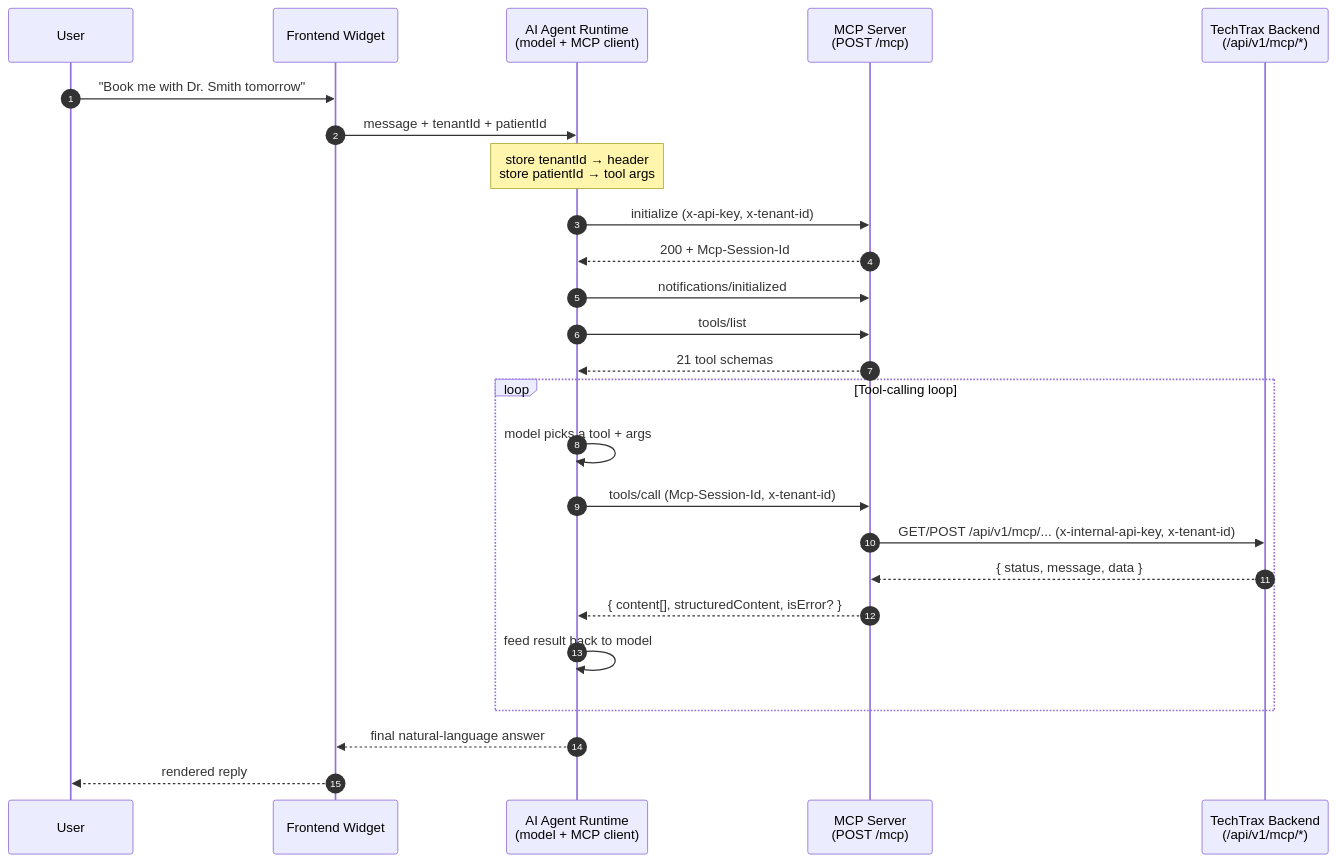
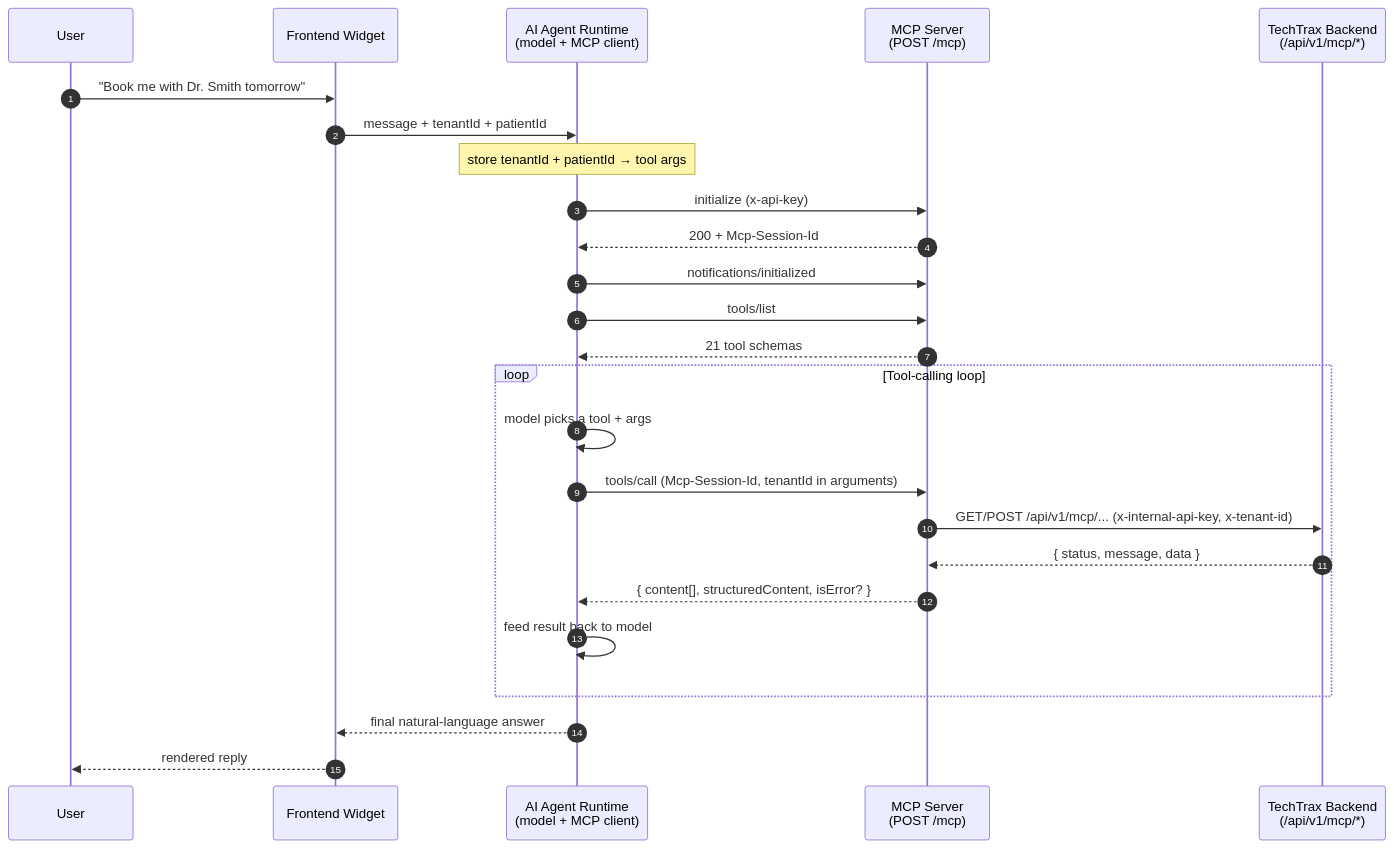
The first of 5 diagrams in docs/AI_AGENT_INTEGRATION_GUIDE.md (tech-trax-dev/techtrax-mcp), drawn with Mermaid before and after one commit. The commit also changed other lines of this file and 11 other files, not shown here.

Commit message:
fix: change tenantid to be sent in arguments params instead of header

````diff
--- a/docs/AI_AGENT_INTEGRATION_GUIDE.md
+++ b/docs/AI_AGENT_INTEGRATION_GUIDE.md
@@ -41,31 +43,31 @@
 ```mermaid
 sequenceDiagram
     autonumber
     participant U as User
     participant W as Frontend Widget
     participant A as AI Agent Runtime<br/>(model + MCP client)
     participant M as MCP Server<br/>(POST /mcp)
     participant B as TechTrax Backend<br/>(/api/v1/mcp/*)
 
     U->>W: "Book me with Dr. Smith tomorrow"
     W->>A: message + tenantId + patientId
-    Note over A: store tenantId → header<br/>store patientId → tool args
+    Note over A: store tenantId + patientId → tool args
 
-    A->>M: initialize (x-api-key, x-tenant-id)
+    A->>M: initialize (x-api-key)
     M-->>A: 200 + Mcp-Session-Id
     A->>M: notifications/initialized
     A->>M: tools/list
     M-->>A: 21 tool schemas
 
     loop Tool-calling loop
         A->>A: model picks a tool + args
-        A->>M: tools/call (Mcp-Session-Id, x-tenant-id)
+        A->>M: tools/call (Mcp-Session-Id, tenantId in arguments)
         M->>B: GET/POST /api/v1/mcp/... (x-internal-api-key, x-tenant-id)
         B-->>M: { status, message, data }
         M-->>A: { content[], structuredContent, isError? }
         A->>A: feed result back to model
     end
 
     A-->>W: final natural-language answer
     W-->>U: rendered reply
 ```
````
